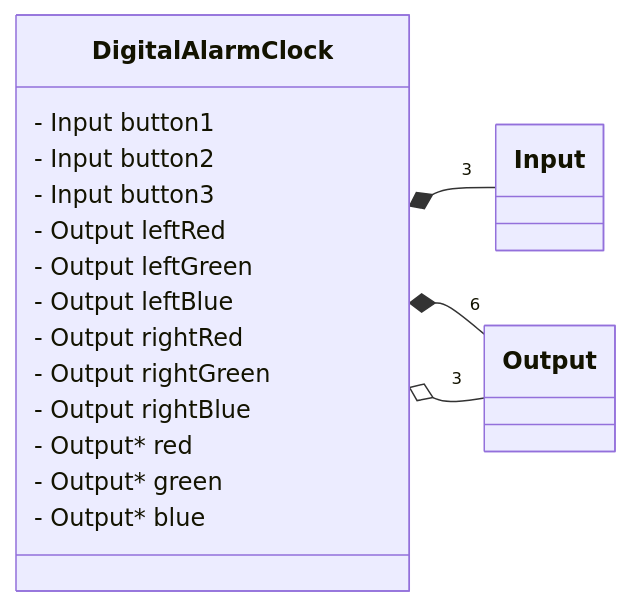
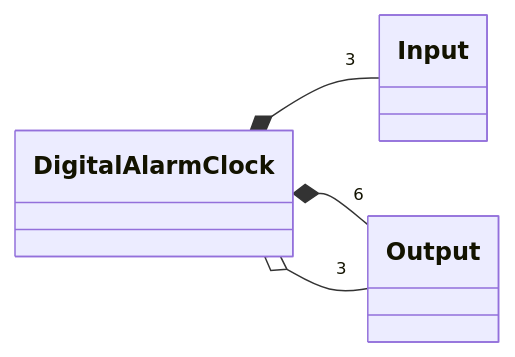
One commit to vermilion9312/digital-alarm-clock changed the second of 3 diagrams in README.md. Above: the diagram before and after it, drawn with Mermaid. The commit also changed other lines of this file, not shown here.

Commit message:
Refactor DigitalAlarmClock class properties
Removed unused input and output properties from DigitalAlarmClock class.

````diff
--- a/README.md
+++ b/README.md
@@ -44,32 +33,17 @@
 ```mermaid
 classDiagram
 direction LR
 
 class Input {
 }
 
 class Output {
 }
 
 class DigitalAlarmClock {
-    - Input button1
-    - Input button2
-    - Input button3
-
-    - Output leftRed
-    - Output leftGreen
-    - Output leftBlue
-
-    - Output rightRed
-    - Output rightGreen
-    - Output rightBlue
-
-    - Output* red
-    - Output* green
-    - Output* blue
 }
 
 DigitalAlarmClock *-- "3" Input
 DigitalAlarmClock *-- "6" Output
 DigitalAlarmClock o-- "3" Output
 ```
````
